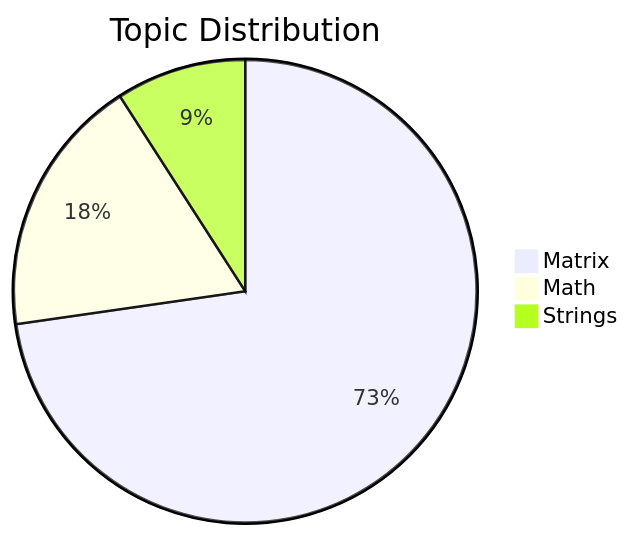
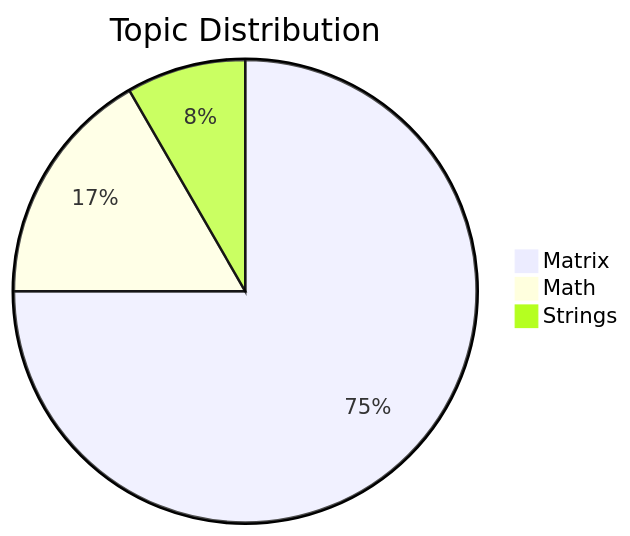
One commit to PrasannaTheBest/60-Days-Hell-Period changed the second of 2 diagrams in README.md. Above: the diagram before and after it, drawn with Mermaid. The commit also changed other lines of this file, not shown here.

````diff
--- a/README.md
+++ b/README.md
@@ -73,6 +73,6 @@
 ```mermaid
 pie title Topic Distribution
-    "Matrix" : 8
+    "Matrix" : 9
     "Math" : 2
     "Strings" : 1
 ```
````
